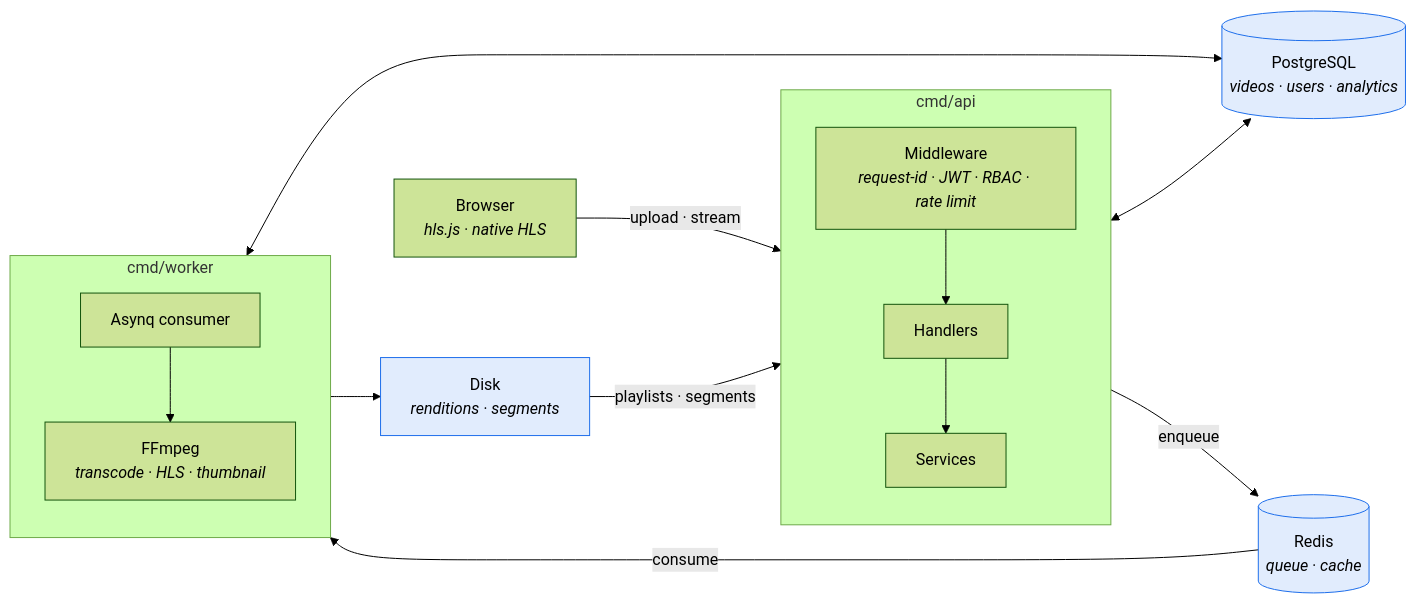
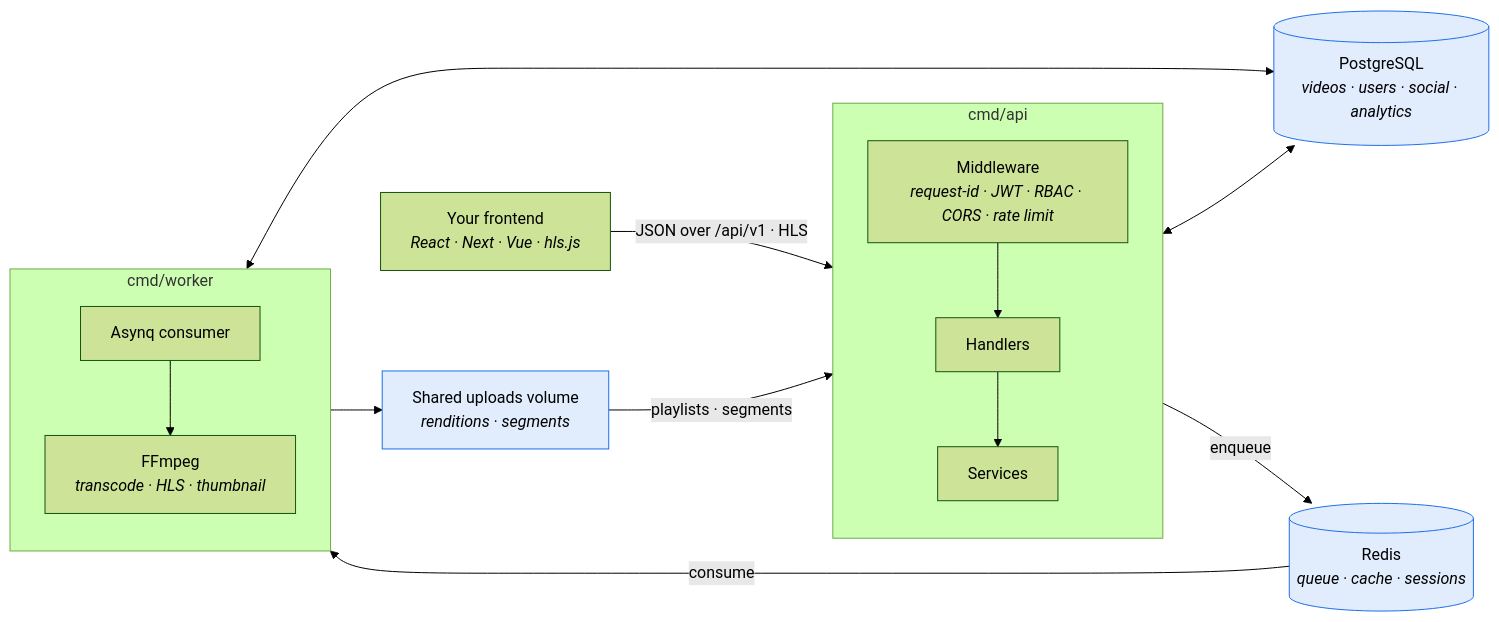
The first of 6 diagrams in README.md (Nuu-maan/video-streaming-service), drawn with Mermaid (forest theme) before and after one commit. The commit also changed other lines of this file and 1 other file, not shown here.

First line of the commit message:
docs: rewrite the README for a standalone API server

````diff
--- a/README.md
+++ b/README.md
@@ -37,34 +114,34 @@
 ```mermaid
 flowchart LR
-    B["Browser<br/><i>hls.js · native HLS</i>"]
+    B["Your frontend<br/><i>React · Next · Vue · hls.js</i>"]
 
     subgraph api ["cmd/api"]
         direction TB
-        MW["Middleware<br/><i>request-id · JWT · RBAC · rate limit</i>"]
+        MW["Middleware<br/><i>request-id · JWT · RBAC · CORS · rate limit</i>"]
         H["Handlers"]
         S["Services"]
         MW --> H --> S
     end
 
     subgraph worker ["cmd/worker"]
         direction TB
         W["Asynq consumer"]
         F["FFmpeg<br/><i>transcode · HLS · thumbnail</i>"]
         W --> F
     end
 
-    R[("Redis<br/><i>queue · cache</i>")]
-    P[("PostgreSQL<br/><i>videos · users · analytics</i>")]
-    D["Disk<br/><i>renditions · segments</i>"]
+    R[("Redis<br/><i>queue · cache · sessions</i>")]
+    P[("PostgreSQL<br/><i>videos · users · social · analytics</i>")]
+    D["Shared uploads volume<br/><i>renditions · segments</i>"]
 
-    B -->|"upload · stream"| MW
+    B -->|"JSON over /api/v1 · HLS"| MW
     S -->|"enqueue"| R
     R -->|"consume"| W
     S <--> P
     W <--> P
     F --> D
     D -->|"playlists · segments"| H
 
     classDef store fill:#1f6feb22,stroke:#1f6feb
     class R,P,D store
 ```
````
